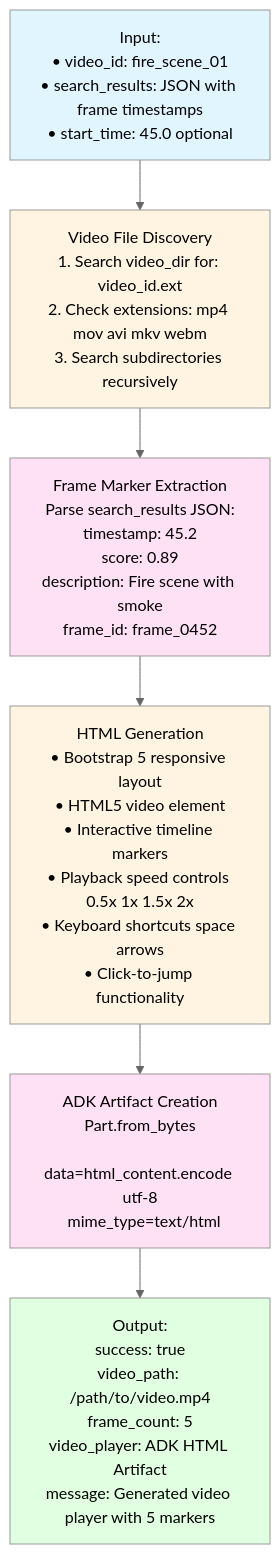
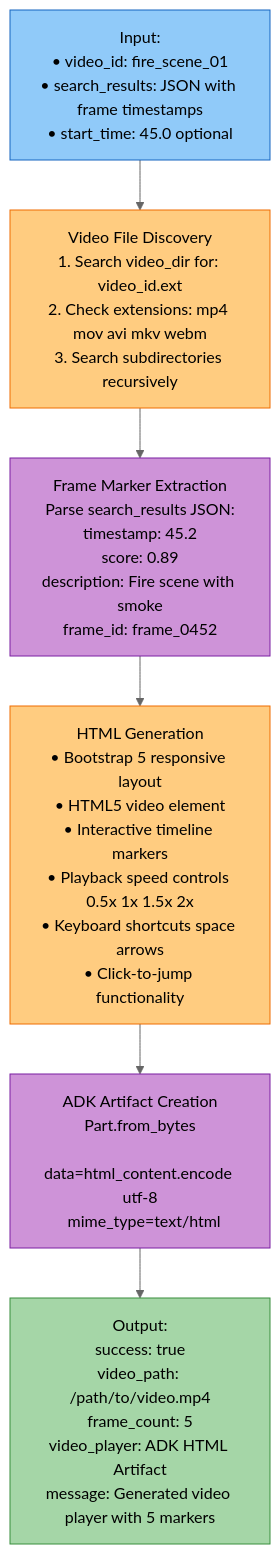
Before and after one commit to amit-jain/cogniverse: the second of 3 diagrams in docs/modules/tools.md, drawn with Mermaid (neutral theme). The commit also changed other lines of this file and 83 other files, not shown here.

First line of the commit message:
Fix documentation veracity, formatting, and diagrams across all modules

````diff
--- a/docs/modules/tools.md
+++ b/docs/modules/tools.md
@@ -80,27 +81,27 @@
 ```mermaid
-graph TB
-    INPUT[Input:<br/>• video_id: fire_scene_01<br/>• search_results: JSON with frame timestamps<br/>• start_time: 45.0 optional]
+flowchart TB
+    INPUT["<span style='color:#000'>Input:<br/>• video_id: fire_scene_01<br/>• search_results: JSON with frame timestamps<br/>• start_time: 45.0 optional</span>"]
 
-    DISC[Video File Discovery<br/>1. Search video_dir for: video_id.ext<br/>2. Check extensions: mp4 mov avi mkv webm<br/>3. Search subdirectories recursively]
+    DISC["<span style='color:#000'>Video File Discovery<br/>1. Search video_dir for: video_id.ext<br/>2. Check extensions: mp4 mov avi mkv webm<br/>3. Search subdirectories recursively</span>"]
 
-    MARKER[Frame Marker Extraction<br/>Parse search_results JSON:<br/>timestamp: 45.2<br/>score: 0.89<br/>description: Fire scene with smoke<br/>frame_id: frame_0452]
+    MARKER["<span style='color:#000'>Frame Marker Extraction<br/>Parse search_results JSON:<br/>timestamp: 45.2<br/>score: 0.89<br/>description: Fire scene with smoke<br/>frame_id: frame_0452</span>"]
 
-    HTML[HTML Generation<br/>• Bootstrap 5 responsive layout<br/>• HTML5 video element<br/>• Interactive timeline markers<br/>• Playback speed controls 0.5x 1x 1.5x 2x<br/>• Keyboard shortcuts space arrows<br/>• Click-to-jump functionality]
+    HTML["<span style='color:#000'>HTML Generation<br/>• Bootstrap 5 responsive layout<br/>• HTML5 video element<br/>• Interactive timeline markers<br/>• Playback speed controls 0.5x 1x 1.5x 2x<br/>• Keyboard shortcuts space arrows<br/>• Click-to-jump functionality</span>"]
 
-    ADK[ADK Artifact Creation<br/>Part.from_bytes<br/>  data=html_content.encode utf-8<br/>  mime_type=text/html]
+    ADK["<span style='color:#000'>ADK Artifact Creation<br/>Part.from_bytes<br/>  data=html_content.encode utf-8<br/>  mime_type=text/html</span>"]
 
-    OUTPUT[Output:<br/>success: true<br/>video_path: /path/to/video.mp4<br/>frame_count: 5<br/>video_player: ADK HTML Artifact<br/>message: Generated video player with 5 markers]
+    OUTPUT["<span style='color:#000'>Output:<br/>success: true<br/>video_path: /path/to/video.mp4<br/>frame_count: 5<br/>video_player: ADK HTML Artifact<br/>message: Generated video player with 5 markers</span>"]
 
     INPUT --> DISC
     DISC --> MARKER
     MARKER --> HTML
     HTML --> ADK
     ADK --> OUTPUT
 
-    style INPUT fill:#e1f5ff
-    style DISC fill:#fff4e1
-    style MARKER fill:#ffe1f5
-    style HTML fill:#fff4e1
-    style ADK fill:#ffe1f5
-    style OUTPUT fill:#e1ffe1
+    style INPUT fill:#90caf9,stroke:#1565c0,color:#000
+    style DISC fill:#ffcc80,stroke:#ef6c00,color:#000
+    style MARKER fill:#ce93d8,stroke:#7b1fa2,color:#000
+    style HTML fill:#ffcc80,stroke:#ef6c00,color:#000
+    style ADK fill:#ce93d8,stroke:#7b1fa2,color:#000
+    style OUTPUT fill:#a5d6a7,stroke:#388e3c,color:#000
 ```
````
